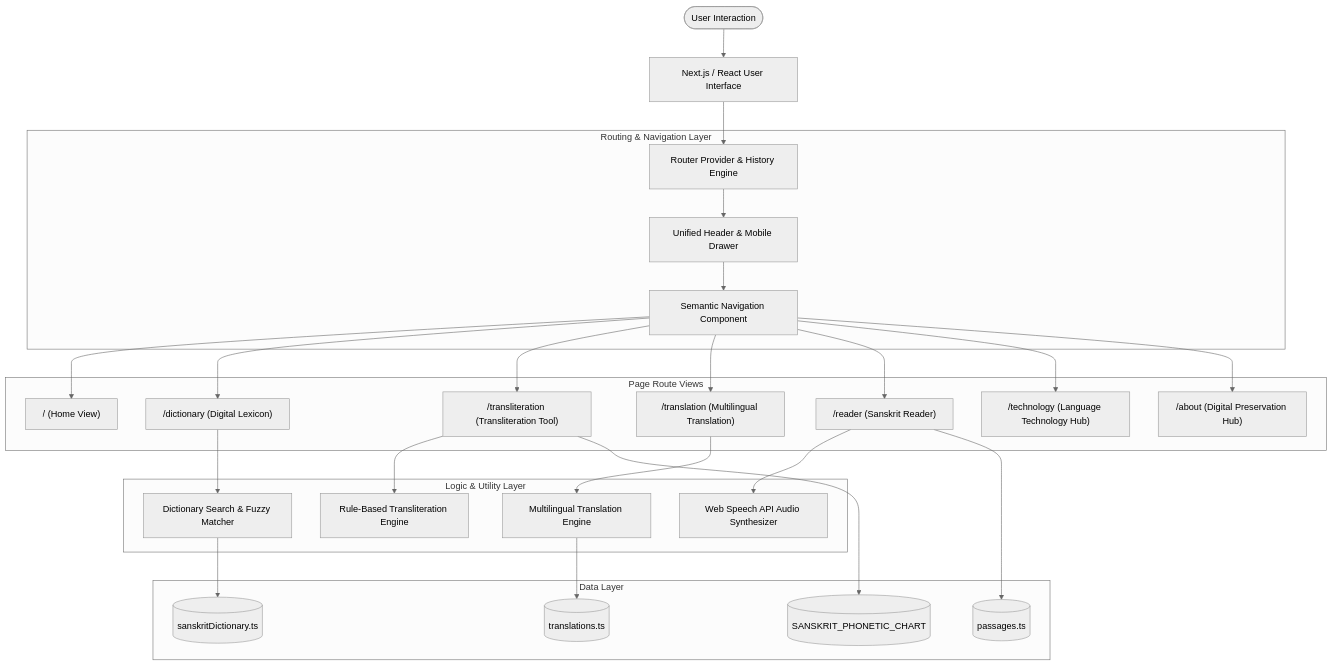
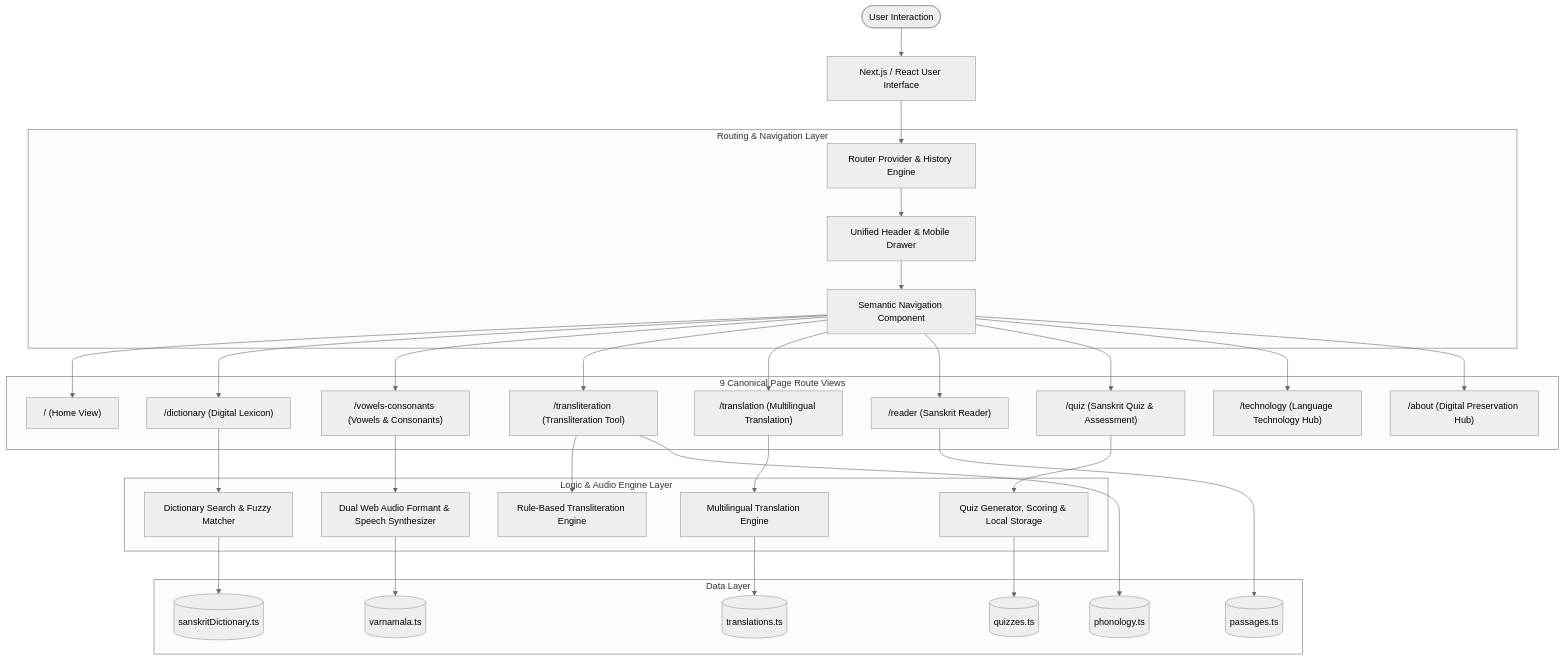
The diagram in docs/ARCHITECTURE.md (Bhandekunal16/Sanskrit-Digital-Reader), drawn with Mermaid (neutral theme) before and after one commit. The commit also changed other lines of this file and 15 other files, not shown here.

````diff
--- a/docs/ARCHITECTURE.md
+++ b/docs/ARCHITECTURE.md
@@ -9,56 +9,66 @@
 ```mermaid
 graph TD
     User([User Interaction]) --> UI[Next.js / React User Interface]
     
     subgraph Routing & Navigation Layer
         Router[Router Provider & History Engine]
         Header[Unified Header & Mobile Drawer]
         Nav[Semantic Navigation Component]
     end
     
     UI --> Router
     Router --> Header
     Header --> Nav
     
-    subgraph Page Route Views
+    subgraph 9 Canonical Page Route Views
         HomeRoute["/ (Home View)"]
         DictRoute["/dictionary (Digital Lexicon)"]
+        VarnaRoute["/vowels-consonants (Vowels & Consonants)"]
         TranslitRoute["/transliteration (Transliteration Tool)"]
         TransRoute["/translation (Multilingual Translation)"]
         ReaderRoute["/reader (Sanskrit Reader)"]
+        QuizRoute["/quiz (Sanskrit Quiz & Assessment)"]
         TechRoute["/technology (Language Technology Hub)"]
         AboutRoute["/about (Digital Preservation Hub)"]
     end
     
     Nav --> HomeRoute
     Nav --> DictRoute
+    Nav --> VarnaRoute
     Nav --> TranslitRoute
     Nav --> TransRoute
     Nav --> ReaderRoute
+    Nav --> QuizRoute
     Nav --> TechRoute
     Nav --> AboutRoute
     
-    subgraph Logic & Utility Layer
+    subgraph Logic & Audio Engine Layer
         SearchEngine[Dictionary Search & Fuzzy Matcher]
+        VarnaAudioEngine[Dual Web Audio Formant & Speech Synthesizer]
         TransEngine[Rule-Based Transliteration Engine]
         TranslationEngine[Multilingual Translation Engine]
-        SpeechSynth[Web Speech API Audio Synthesizer]
+        QuizEngine[Quiz Generator, Scoring & Local Storage]
     end
     
     DictRoute --> SearchEngine
+    VarnaRoute --> VarnaAudioEngine
     TranslitRoute --> TransEngine
     TransRoute --> TranslationEngine
-    ReaderRoute --> SpeechSynth
+    QuizRoute --> QuizEngine
     
     subgraph Data Layer
         LexiconDB[(sanskritDictionary.ts)]
+        VarnamalaDB[(varnamala.ts)]
+        PhonologyDB[(phonology.ts)]
         TranslationDB[(translations.ts)]
         PassageDB[(passages.ts)]
-        PhoneticDB[(SANSKRIT_PHONETIC_CHART)]
+        QuizDB[(quizzes.ts)]
     end
     
     SearchEngine --> LexiconDB
+    VarnaAudioEngine --> VarnamalaDB
+    TranslitRoute --> PhonologyDB
     TranslationEngine --> TranslationDB
     ReaderRoute --> PassageDB
-    TranslitRoute --> PhoneticDB
+    QuizEngine --> QuizDB
 ```
````
